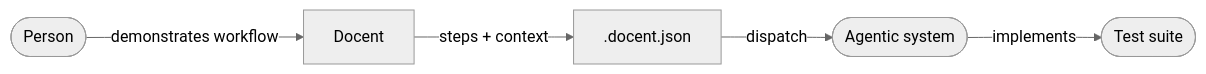
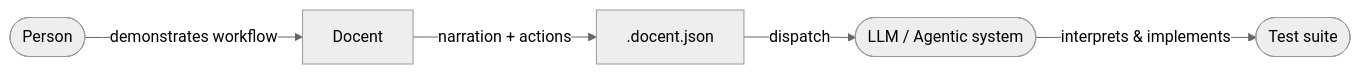
Before and after one commit to Arsarneq/docent: the first of 2 diagrams in README.md, drawn with Mermaid (neutral theme). The commit also changed other lines of this file, not shown here.

Commit message:
docs: show both agentic and deterministic consumer flows in README

````diff
--- a/README.md
+++ b/README.md
@@ -37,7 +39,7 @@
 ```mermaid
 flowchart LR
     A([Person]) -->|demonstrates workflow| B[Docent]
-    B -->|steps + context| C[.docent.json]
-    C -->|dispatch| D([Agentic system])
-    D -->|implements| E([Test suite])
+    B -->|narration + actions| C[.docent.json]
+    C -->|dispatch| D([LLM / Agentic system])
+    D -->|interprets & implements| E([Test suite])
 ```
````
